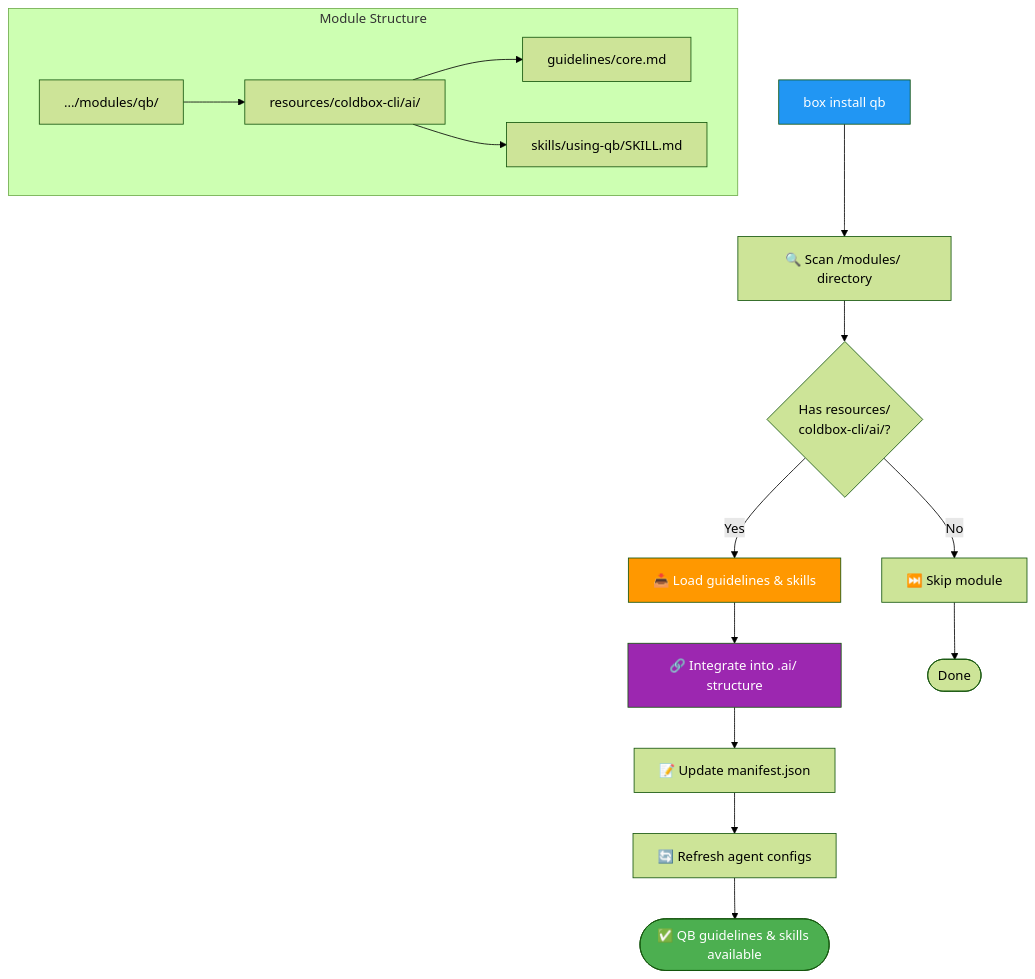
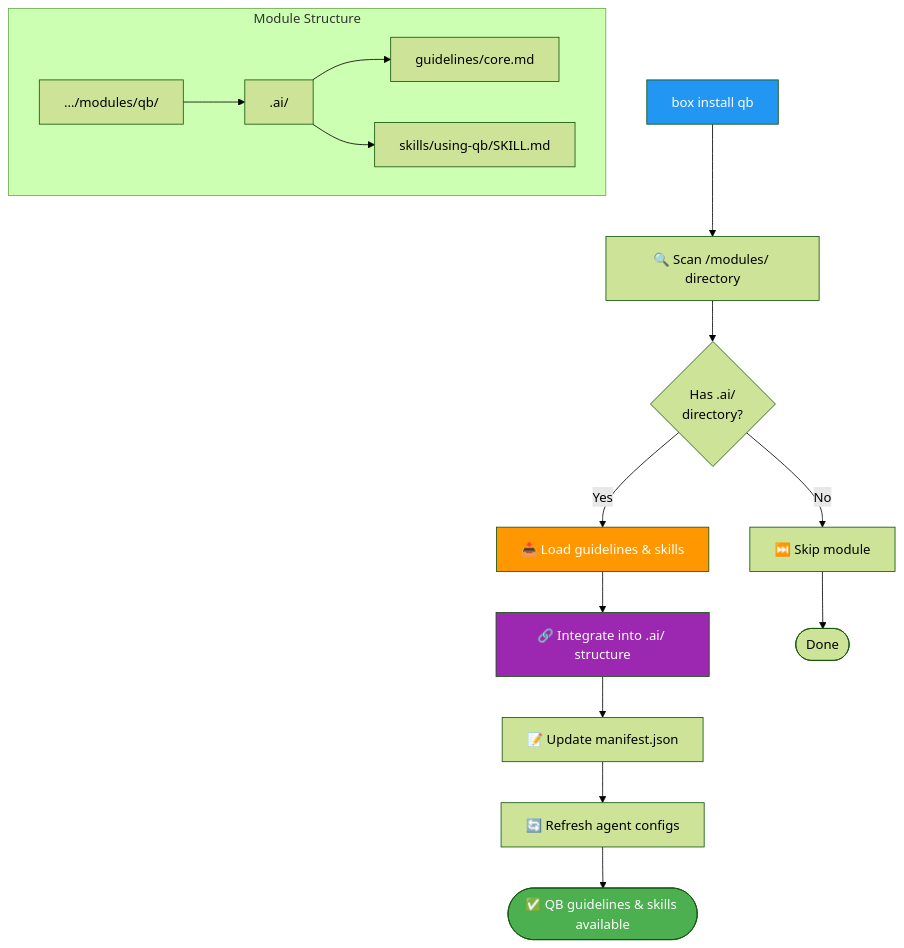
One commit to ortus-docs/coldbox-docs changed the eighth of 8 diagrams in digging-deeper/ai/agentic-coldbox.md. Above: the diagram before and after it, drawn with Mermaid (forest theme). The commit also changed other lines of this file, not shown here.

````diff
--- a/digging-deeper/ai/agentic-coldbox.md
+++ b/digging-deeper/ai/agentic-coldbox.md
@@ -1365,30 +1361,30 @@
 ```mermaid
 flowchart TD
     Install["box install qb"]
     Install --> Scan["🔍 Scan /modules/ directory"]
-    Scan --> Check{"Has resources/<br/>coldbox-cli/ai/?"}
+    Scan --> Check{"Has .ai/<br/>directory?"}
     Check -->|Yes| Load["📥 Load guidelines & skills"]
     Check -->|No| Skip["⏭️ Skip module"]
     Load --> Integrate["🔗 Integrate into .ai/ structure"]
     Integrate --> Update["📝 Update manifest.json"]
     Update --> Refresh["🔄 Refresh agent configs"]
     Refresh --> Complete(["✅ QB guidelines & skills available"])
     Skip --> End(["Done"])
 
     subgraph "Module Structure"
         ModuleDir[".../modules/qb/"]
-        ResourceDir["resources/coldbox-cli/ai/"]
+        ResourceDir[".ai/"]
         GuidelineFile["guidelines/core.md"]
         SkillFile["skills/using-qb/SKILL.md"]
 
         ModuleDir --> ResourceDir
         ResourceDir --> GuidelineFile
         ResourceDir --> SkillFile
     end
 
     style Install fill:#2196f3,color:#fff
     style Complete fill:#4caf50,color:#fff
     style Load fill:#ff9800,color:#fff
     style Integrate fill:#9c27b0,color:#fff
 
 ```
````
